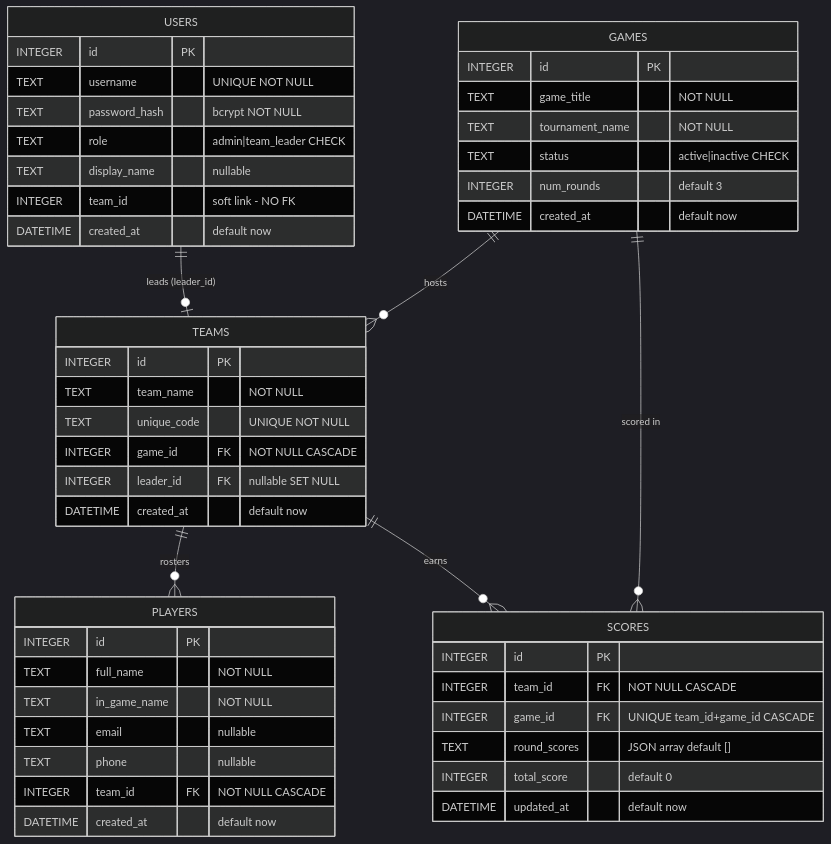
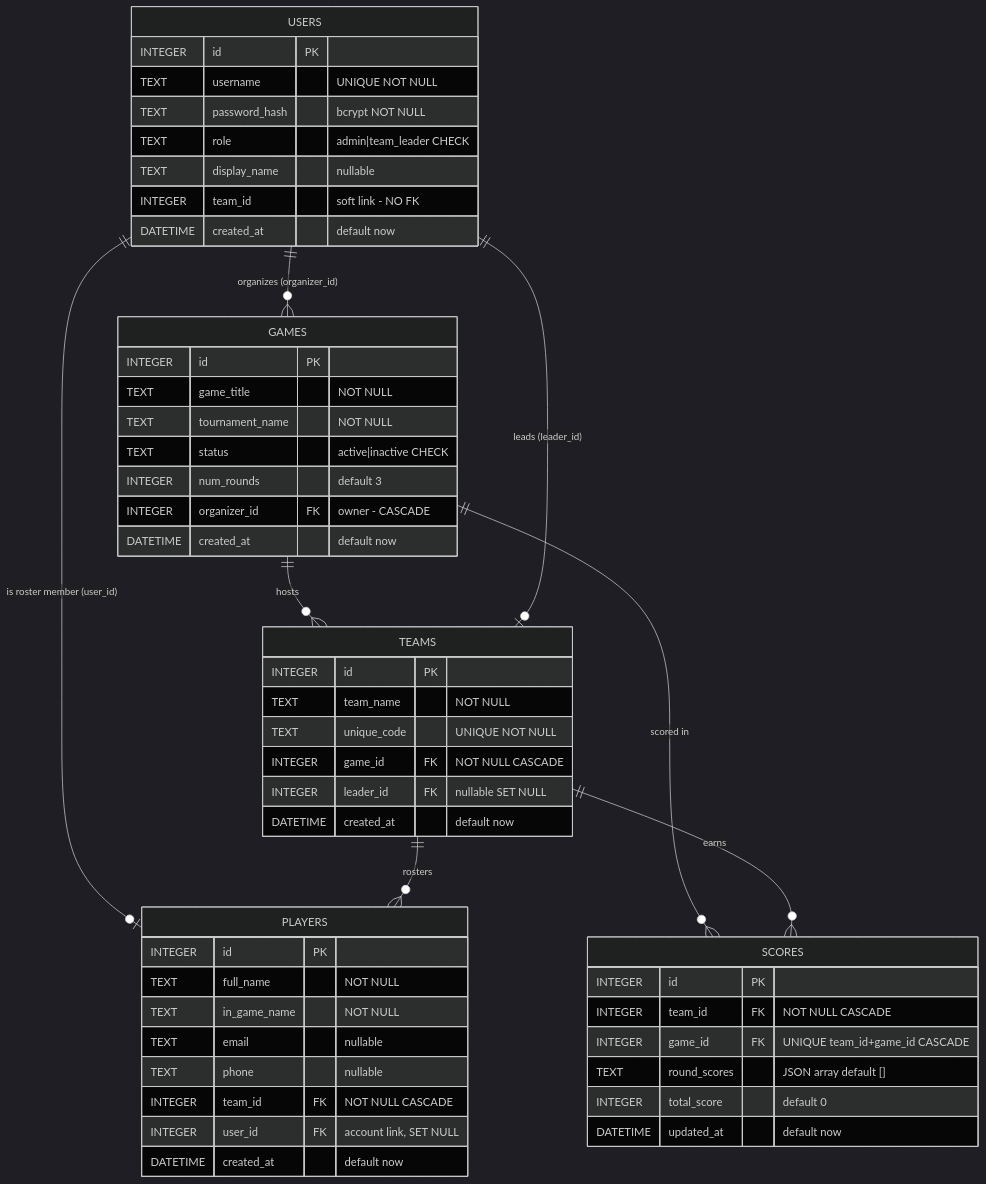
The third of 4 diagrams in ARCHITECTURE.md (friday-9007/GGBoard), drawn with Mermaid (dark theme) before and after one commit. The commit also changed other lines of this file and 28 other files, not shown here.

````diff
--- a/ARCHITECTURE.md
+++ b/ARCHITECTURE.md
@@ -121,51 +122,55 @@
 ```mermaid
 erDiagram
+    USERS ||--o{ GAMES : "organizes (organizer_id)"
     GAMES ||--o{ TEAMS : "hosts"
     GAMES ||--o{ SCORES : "scored in"
     USERS ||--o| TEAMS : "leads (leader_id)"
+    USERS ||--o| PLAYERS : "is roster member (user_id)"
     TEAMS ||--o{ PLAYERS : "rosters"
     TEAMS ||--o{ SCORES : "earns"
 
     GAMES {
         INTEGER id PK
         TEXT game_title "NOT NULL"
         TEXT tournament_name "NOT NULL"
         TEXT status "active|inactive CHECK"
         INTEGER num_rounds "default 3"
+        INTEGER organizer_id FK "owner - CASCADE"
         DATETIME created_at "default now"
     }
     USERS {
         INTEGER id PK
         TEXT username "UNIQUE NOT NULL"
         TEXT password_hash "bcrypt NOT NULL"
         TEXT role "admin|team_leader CHECK"
         TEXT display_name "nullable"
         INTEGER team_id "soft link - NO FK"
         DATETIME created_at "default now"
     }
     TEAMS {
         INTEGER id PK
         TEXT team_name "NOT NULL"
         TEXT unique_code "UNIQUE NOT NULL"
         INTEGER game_id FK "NOT NULL CASCADE"
         INTEGER leader_id FK "nullable SET NULL"
         DATETIME created_at "default now"
     }
     PLAYERS {
         INTEGER id PK
         TEXT full_name "NOT NULL"
         TEXT in_game_name "NOT NULL"
         TEXT email "nullable"
         TEXT phone "nullable"
         INTEGER team_id FK "NOT NULL CASCADE"
+        INTEGER user_id FK "account link, SET NULL"
         DATETIME created_at "default now"
     }
     SCORES {
         INTEGER id PK
         INTEGER team_id FK "NOT NULL CASCADE"
         INTEGER game_id FK "UNIQUE team_id+game_id CASCADE"
         TEXT round_scores "JSON array default []"
         INTEGER total_score "default 0"
         DATETIME updated_at "default now"
     }
 ```
````
